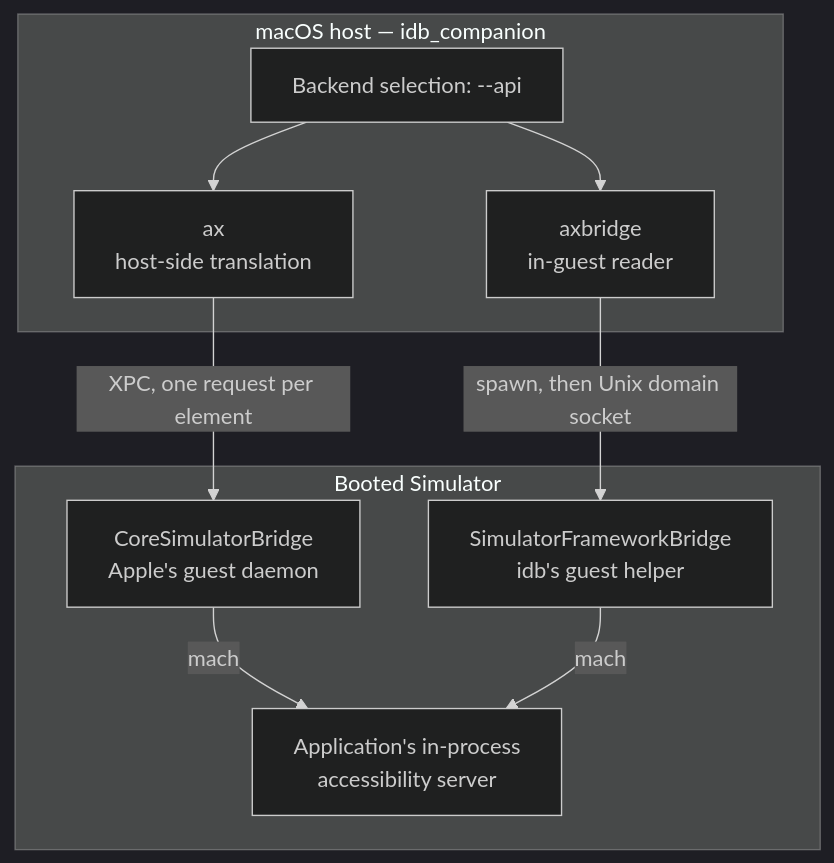
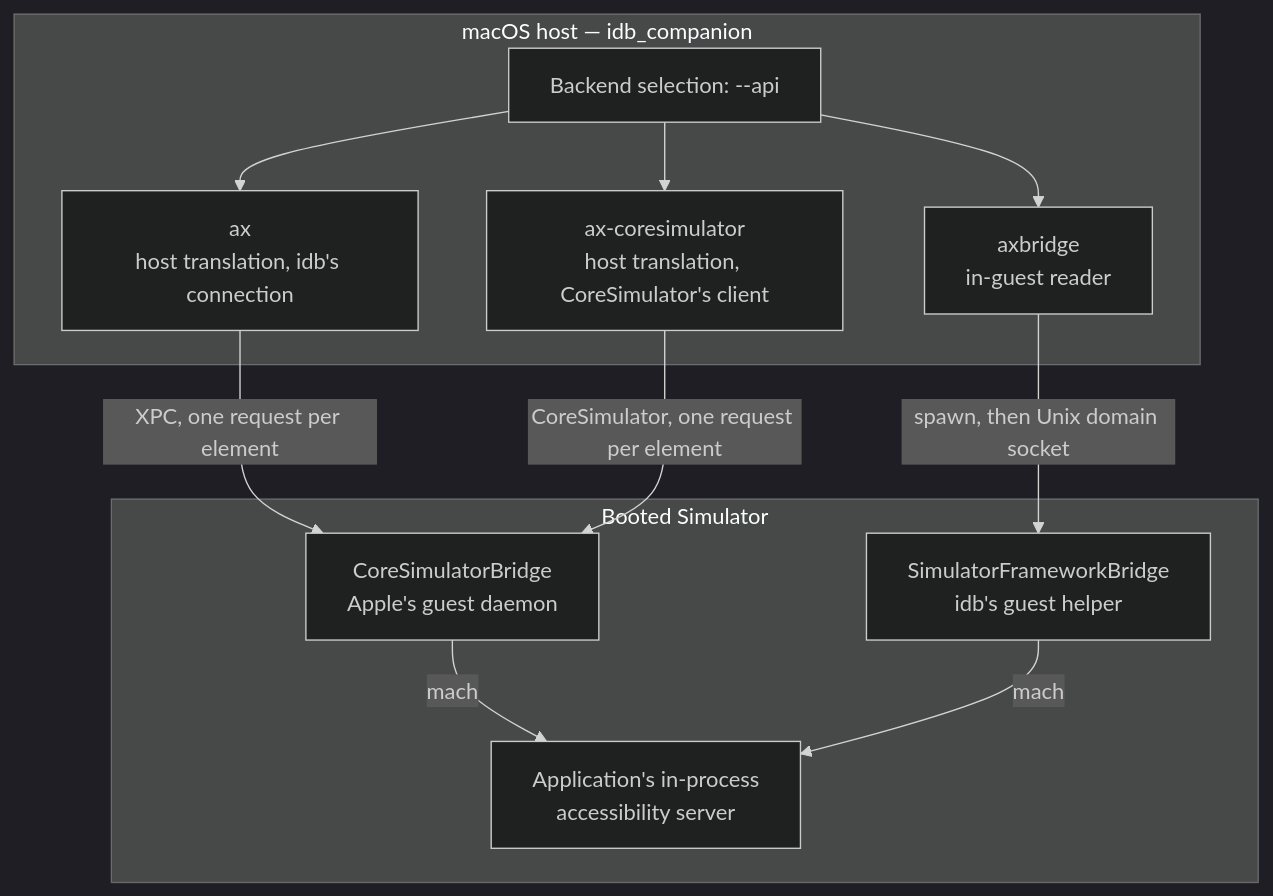
The first of 3 diagrams in FBSimulatorAX/README.md (facebook/idb), drawn with Mermaid (dark theme) before and after one commit. The commit also changed other lines of this file and 8 other files, not shown here.

````diff
--- a/FBSimulatorAX/README.md
+++ b/FBSimulatorAX/README.md
@@ -23,19 +28,22 @@
 ```mermaid
 flowchart TD
     subgraph host["macOS host — idb_companion"]
         selector["Backend selection: --api"]
-        ax["ax<br/>host-side translation"]
+        ax["ax<br/>host translation, idb's connection"]
+        axcs["ax-coresimulator<br/>host translation, CoreSimulator's client"]
         bridge["axbridge<br/>in-guest reader"]
     end
     subgraph guest["Booted Simulator"]
         sb["CoreSimulatorBridge<br/>Apple's guest daemon"]
         sfb["SimulatorFrameworkBridge<br/>idb's guest helper"]
         app["Application's in-process<br/>accessibility server"]
     end
     selector --> ax
+    selector --> axcs
     selector --> bridge
     ax -- "XPC, one request per element" --> sb
+    axcs -- "CoreSimulator, one request per element" --> sb
     bridge -- "spawn, then Unix domain socket" --> sfb
     sb -- mach --> app
     sfb -- mach --> app
 ```
````
